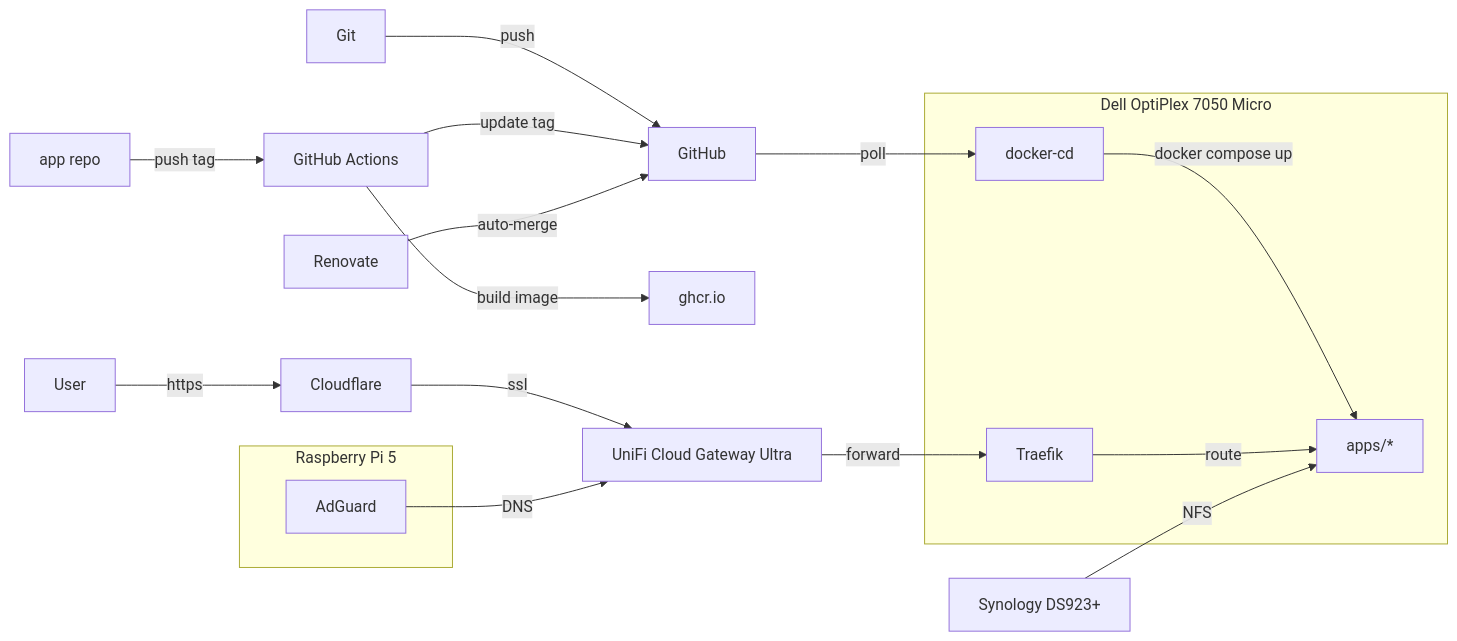
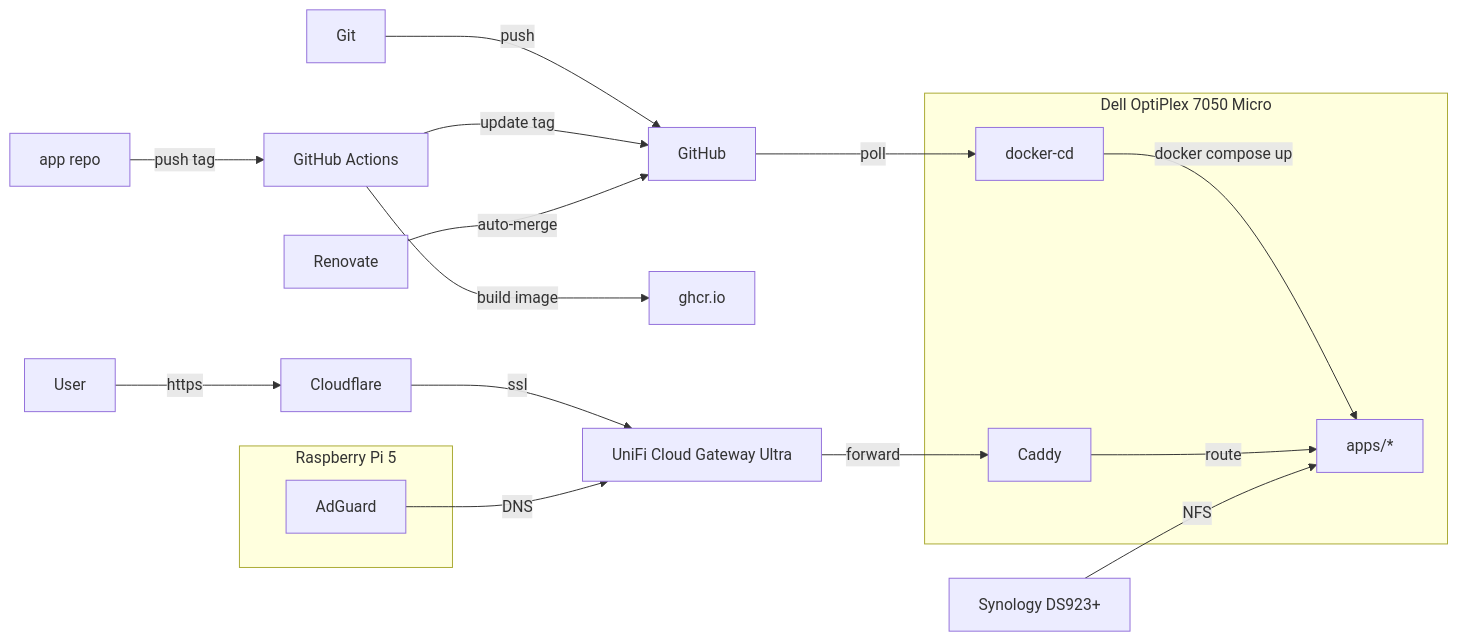
The diagram in README.md (wajeht/home-ops), drawn with Mermaid before and after one commit. The commit also changed other lines of this file and 74 other files, not shown here.

Commit message:
refactor: replace traefik with caddy as reverse proxy

````diff
--- a/README.md
+++ b/README.md
@@ -16,19 +16,19 @@
 ```mermaid
 flowchart LR
     subgraph Dell[Dell OptiPlex 7050 Micro]
         docker-cd -->|docker compose up| Apps[apps/*]
-        Traefik -->|route| Apps
+        Caddy -->|route| Apps
     end
 
     Git -->|push| GitHub -->|poll| docker-cd
     AppRepo[app repo] -->|push tag| Actions[GitHub Actions]
     Actions -->|build image| GHCR[ghcr.io]
     Actions -->|update tag| GitHub
     Renovate -->|auto-merge| GitHub
-    User -->|https| Cloudflare -->|ssl| UniFi[UniFi Cloud Gateway Ultra] -->|forward| Traefik
+    User -->|https| Cloudflare -->|ssl| UniFi[UniFi Cloud Gateway Ultra] -->|forward| Caddy
     NAS[Synology DS923+] -->|NFS| Apps
     subgraph Pi[Raspberry Pi 5]
         AdGuard
     end
     AdGuard -->|DNS| UniFi
 ```
````
